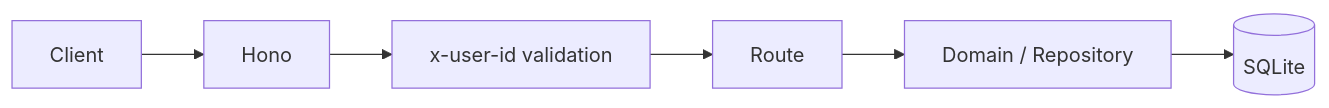
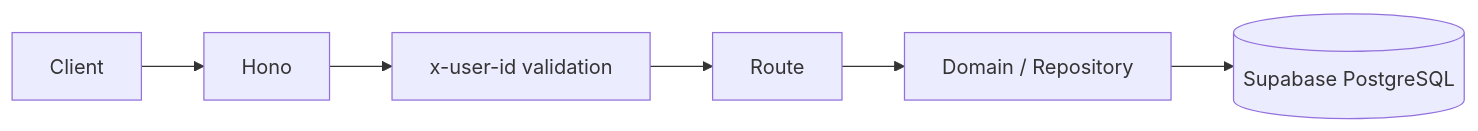
The first of 2 diagrams in docs/architecture/server.md (huiru-wang/fanto), drawn with Mermaid before and after one commit. The commit also changed other lines of this file and 42 other files, not shown here.

````diff
--- a/docs/architecture/server.md
+++ b/docs/architecture/server.md
@@ -22,8 +22,8 @@
 ```mermaid
 flowchart LR
   C[Client] --> H[Hono]
   H --> U[x-user-id validation]
   U --> R[Route]
   R --> D[Domain / Repository]
-  D --> DB[(SQLite)]
+  D --> DB[(Supabase PostgreSQL)]
 ```
````
